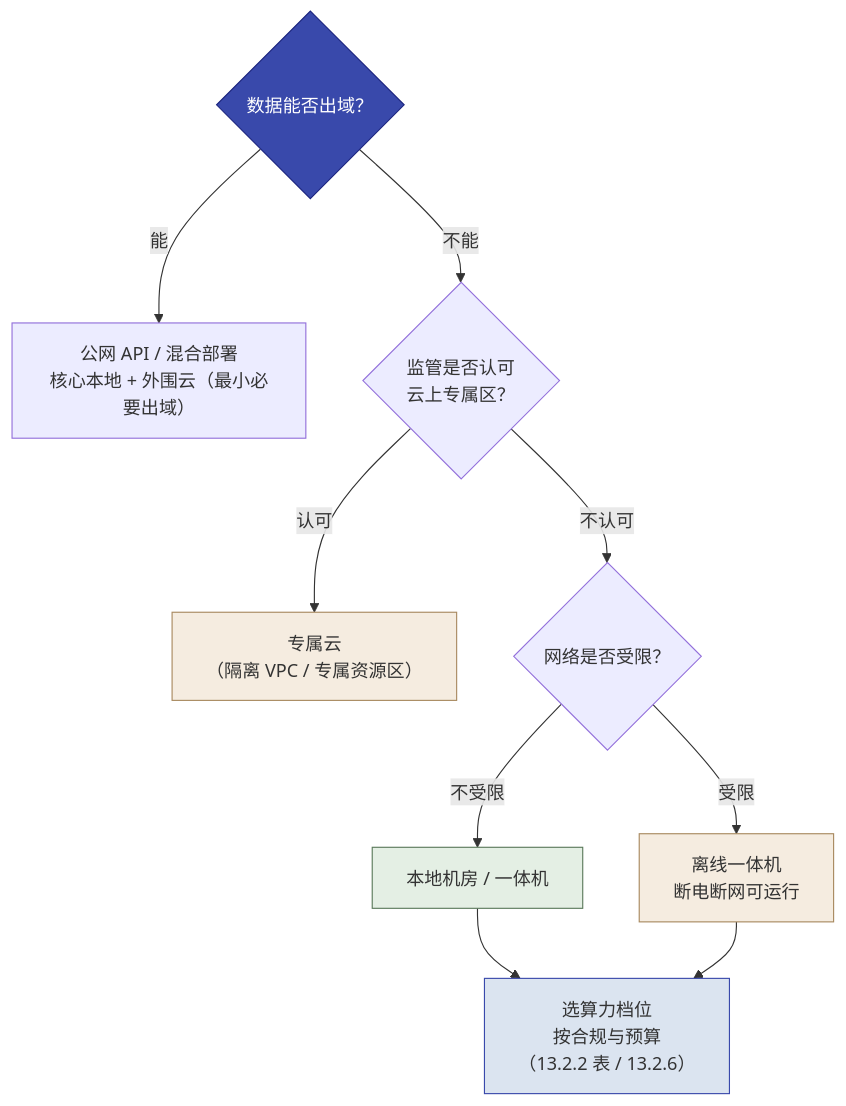
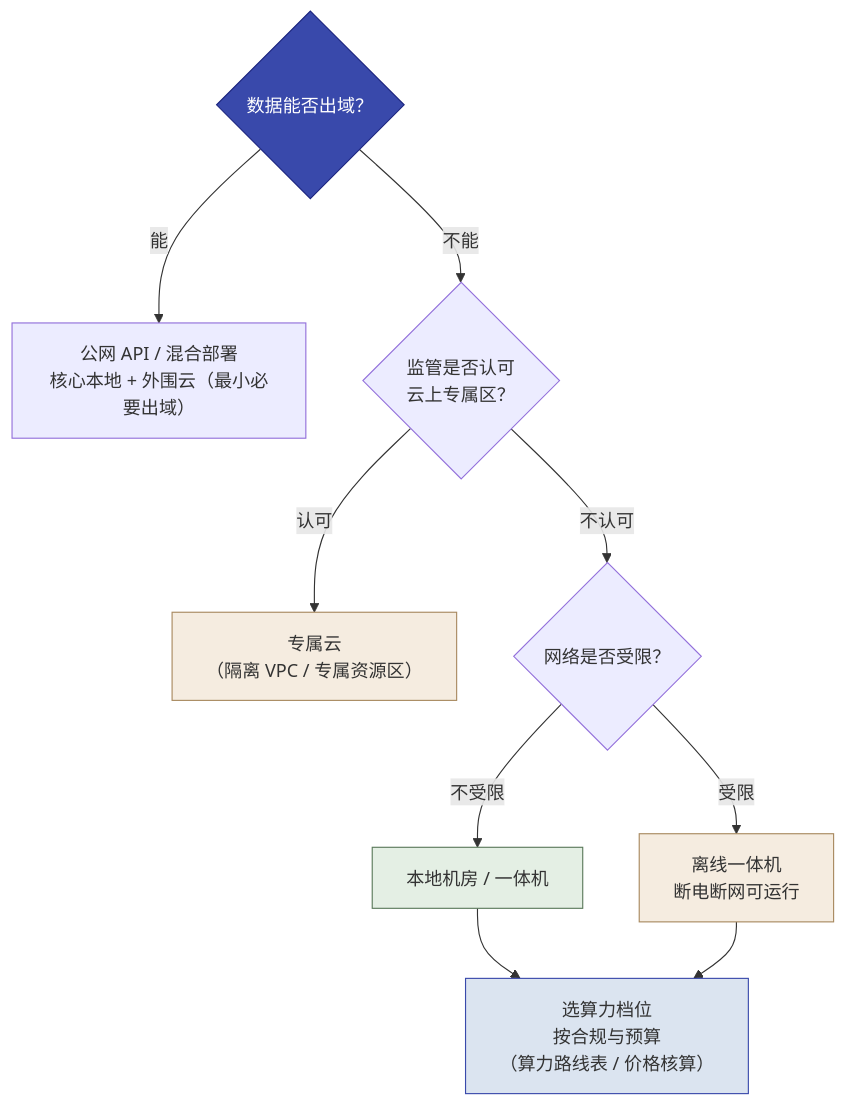
Before and after one commit to cloudzun/fde-102: the first of 3 diagrams in textbook/第13章_从公网到本地_私有化部署与模型微调.md, drawn with Mermaid. The commit also changed 7 other files, not shown here.

First line of the commit message:
清理残留小节号引用：正文/表格/mermaid 节点中的 N.x 全部去号

````diff
--- a/textbook/第13章_从公网到本地_私有化部署与模型微调.md
+++ b/textbook/第13章_从公网到本地_私有化部署与模型微调.md
@@ -116,24 +116,24 @@
 ```mermaid
 flowchart TB
     q0{"数据能否出域？"}
     yes["公网 API / 混合部署<br/>核心本地 + 外围云（最小必要出域）"]
     q1{"监管是否认可<br/>云上专属区？"}
     vpc["专属云<br/>（隔离 VPC / 专属资源区）"]
     q2{"网络是否受限？"}
     local["本地机房 / 一体机"]
     offline["离线一体机<br/>断电断网可运行"]
-    pick["选算力档位<br/>按合规与预算<br/>（13.2.2 表 / 13.2.6）"]
+    pick["选算力档位<br/>按合规与预算<br/>（算力路线表 / 价格核算）"]
     q0 -- 能 --> yes
     q0 -- 不能 --> q1
     q1 -- 认可 --> vpc
     q1 -- 不认可 --> q2
     q2 -- 不受限 --> local
     q2 -- 受限 --> offline
     local --> pick
     offline --> pick
     style q0 fill:#3949ab,color:#fff,stroke:#1a237e
     style local fill:#e4efe4,stroke:#5b7a5b
     style vpc fill:#f5ece0,stroke:#a8895f
     style offline fill:#f5ece0,stroke:#a8895f
     style pick fill:#dbe4f0,stroke:#3949ab
 ```
````
